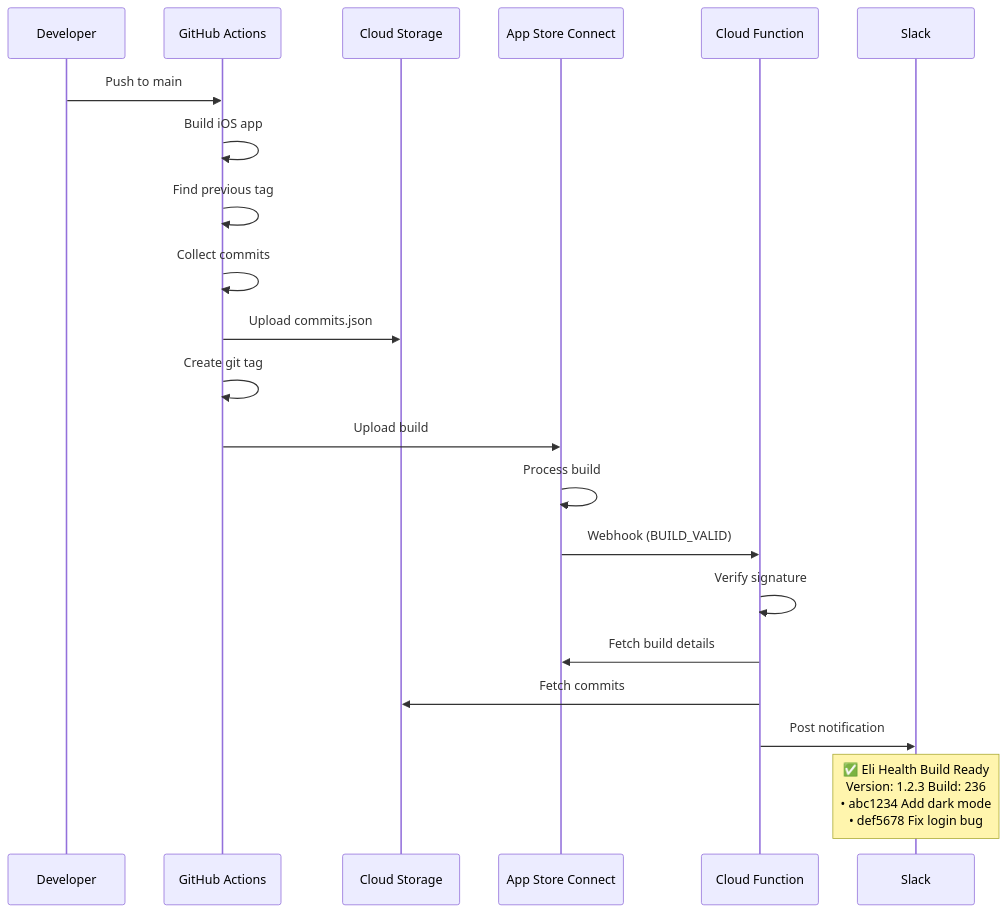
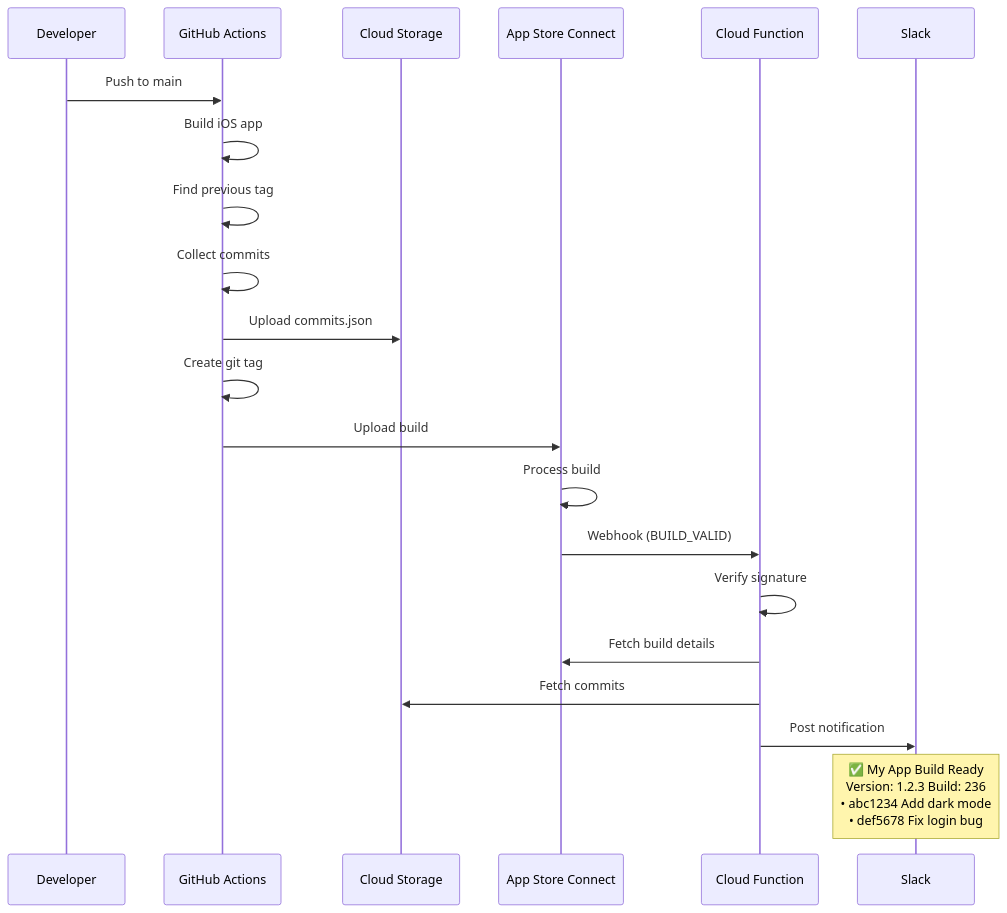
Before and after one commit to Ideaplaces/ciprianrarau.com: the second of 2 diagrams in src/data/post/appstore-webhooks-automated-release-notes.md, drawn with Mermaid. The commit also changed other lines of this file and 2 other files, not shown here.

````diff
--- a/src/data/post/appstore-webhooks-automated-release-notes.md
+++ b/src/data/post/appstore-webhooks-automated-release-notes.md
@@ -567,26 +567,26 @@
 ```mermaid
 sequenceDiagram
     participant Dev as Developer
     participant GH as GitHub Actions
     participant GCS as Cloud Storage
     participant Apple as App Store Connect
     participant CF as Cloud Function
     participant Slack as Slack
 
     Dev->>GH: Push to main
     GH->>GH: Build iOS app
     GH->>GH: Find previous tag
     GH->>GH: Collect commits
     GH->>GCS: Upload commits.json
     GH->>GH: Create git tag
     GH->>Apple: Upload build
 
     Apple->>Apple: Process build
     Apple->>CF: Webhook (BUILD_VALID)
     CF->>CF: Verify signature
     CF->>Apple: Fetch build details
     CF->>GCS: Fetch commits
     CF->>Slack: Post notification
 
-    Note over Slack: ✅ Eli Health Build Ready<br/>Version: 1.2.3 Build: 236<br/>• abc1234 Add dark mode<br/>• def5678 Fix login bug
+    Note over Slack: ✅ My App Build Ready<br/>Version: 1.2.3 Build: 236<br/>• abc1234 Add dark mode<br/>• def5678 Fix login bug
 ```
````
